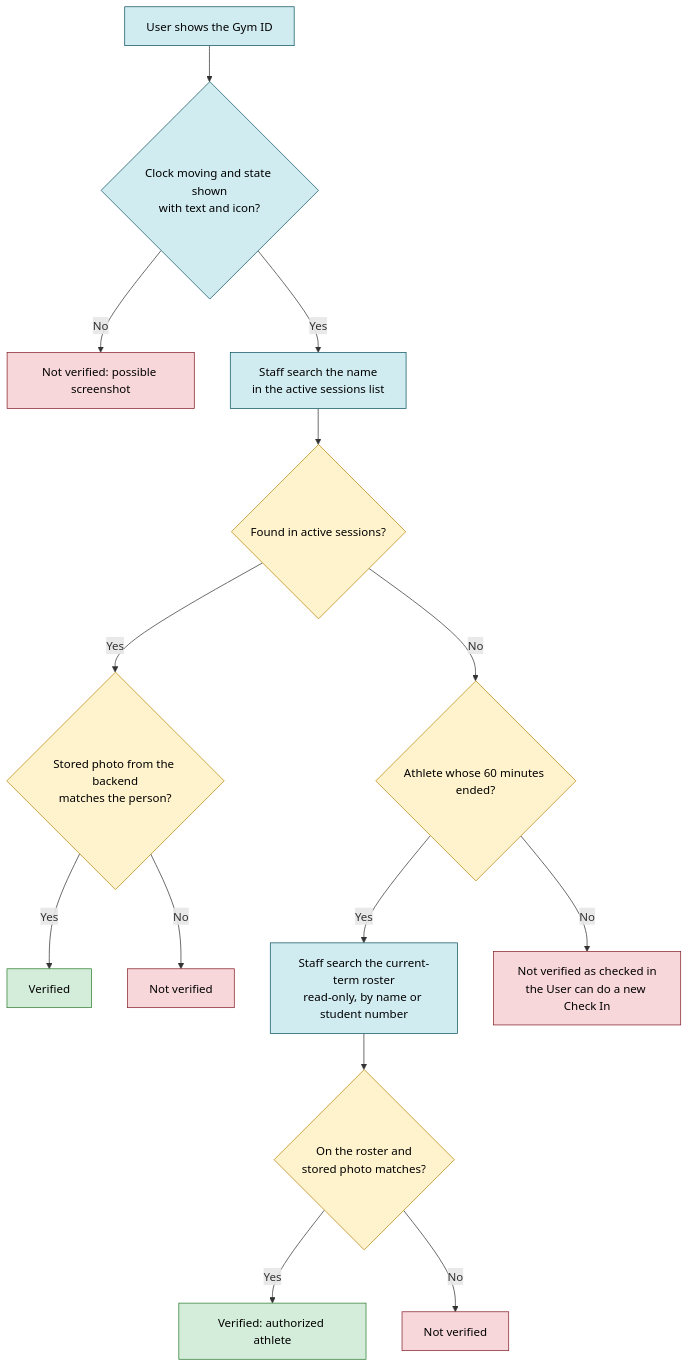
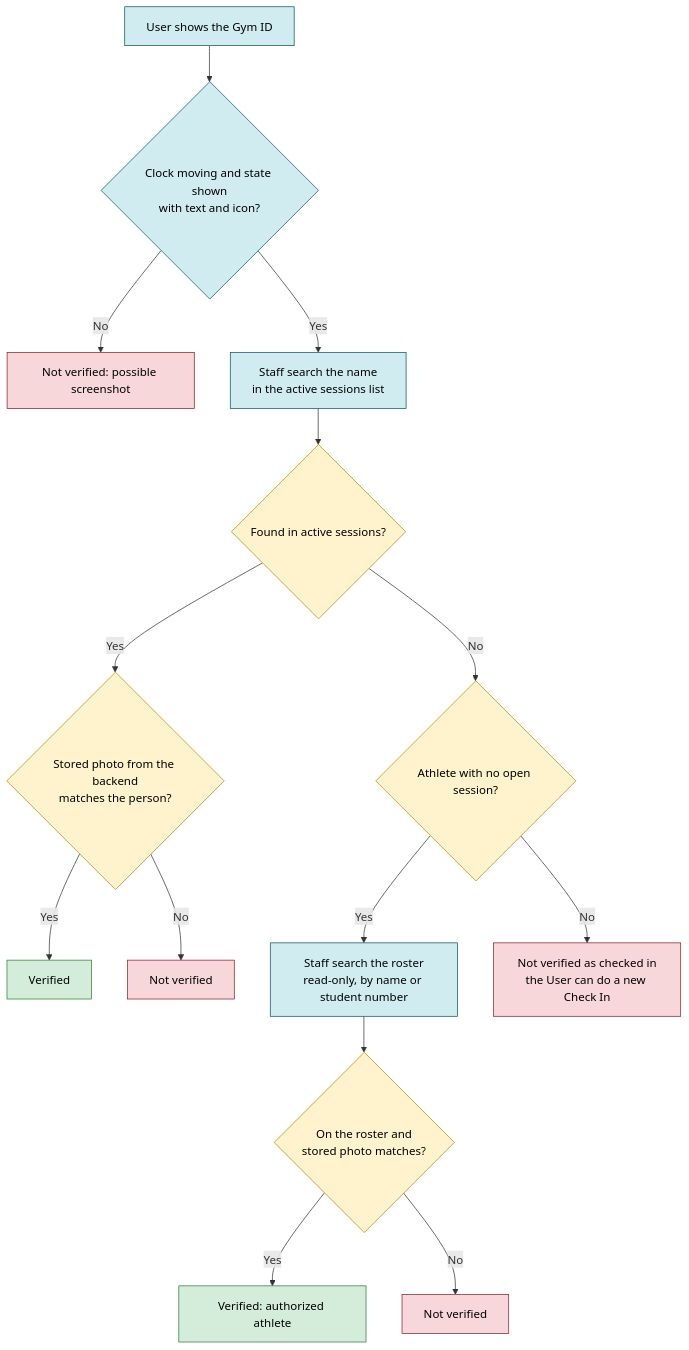
Diagram 11 of 12 in docs/design/check-in-flows.md (Th3-Minorities/natatorio-gym-app), drawn with Mermaid before and after one commit. The commit also changed other lines of this file and 8 other files, not shown here.

Commit message:
Update the SRS and design docs for personal staff accounts, check-out, one roster, store sync and the other meeting decisions

````diff
--- a/docs/design/check-in-flows.md
+++ b/docs/design/check-in-flows.md
@@ -337,25 +347,25 @@
 ```mermaid
 flowchart TD
   A["User shows the Gym ID"] --> B{"Clock moving and state shown<br/>with text and icon?"}
   B -- "No" --> X1["Not verified: possible screenshot"]
   B -- "Yes" --> C["Staff search the name<br/>in the active sessions list"]
   C --> D{"Found in active sessions?"}
   D -- "Yes" --> E{"Stored photo from the backend<br/>matches the person?"}
   E -- "Yes" --> OK["Verified"]
   E -- "No" --> X2["Not verified"]
-  D -- "No" --> F{"Athlete whose 60 minutes ended?"}
-  F -- "Yes" --> G["Staff search the current-term roster<br/>read-only, by name or student number"]
+  D -- "No" --> F{"Athlete with no open session?"}
+  F -- "Yes" --> G["Staff search the roster<br/>read-only, by name or student number"]
   G --> H{"On the roster and<br/>stored photo matches?"}
   H -- "Yes" --> OK2["Verified: authorized athlete"]
   H -- "No" --> X3["Not verified"]
   F -- "No" --> X4["Not verified as checked in<br/>the User can do a new Check In"]
 
   classDef staff fill:#d1ecf1,stroke:#0c5460,color:#000
   classDef back fill:#fff3cd,stroke:#b8860b,color:#000
   classDef reject fill:#f8d7da,stroke:#842029,color:#000
   classDef ok fill:#d4edda,stroke:#2e7d32,color:#000
   class A,B,C,G staff
   class D,E,F,H back
   class X1,X2,X3,X4 reject
   class OK,OK2 ok
 ```
````
